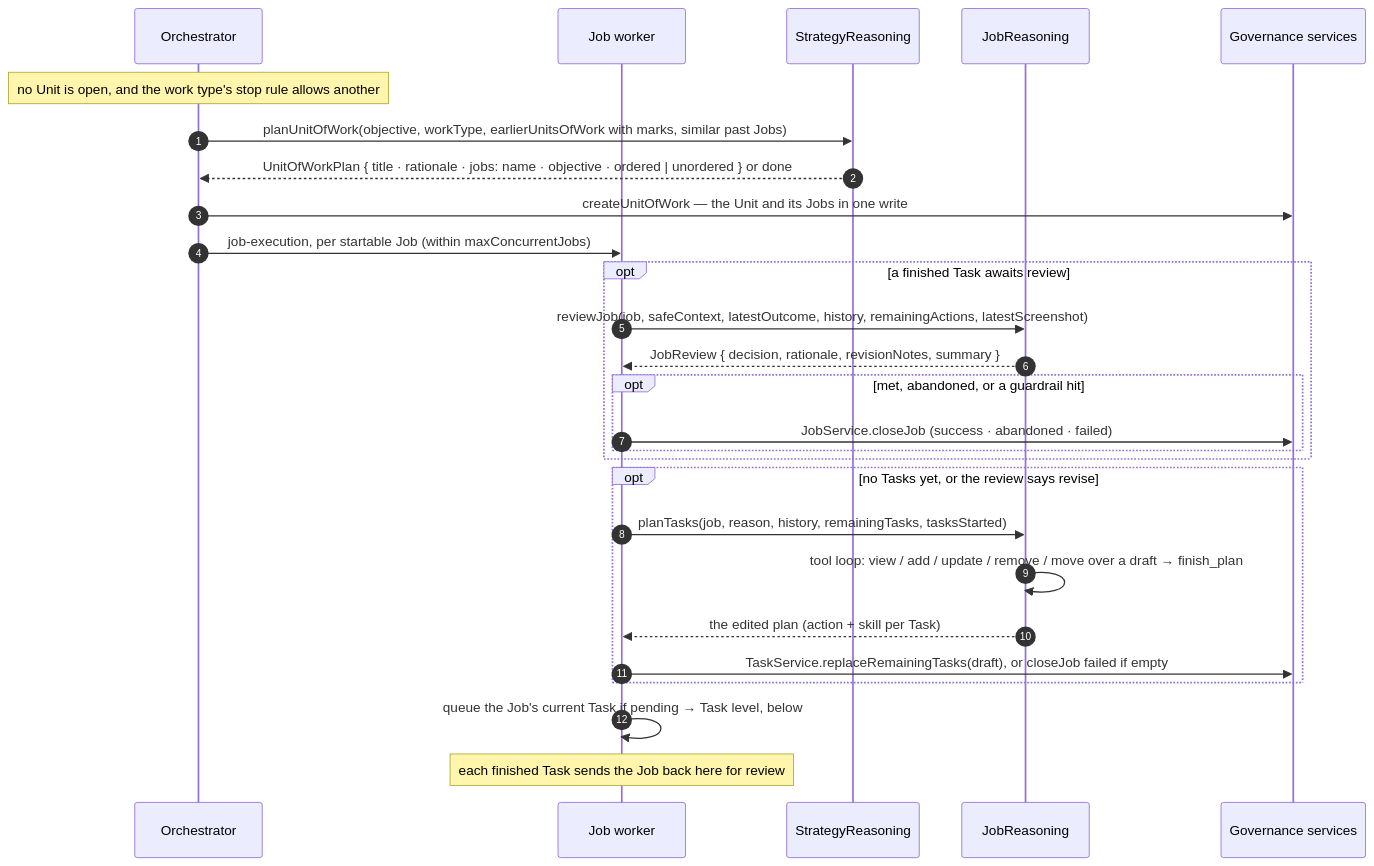
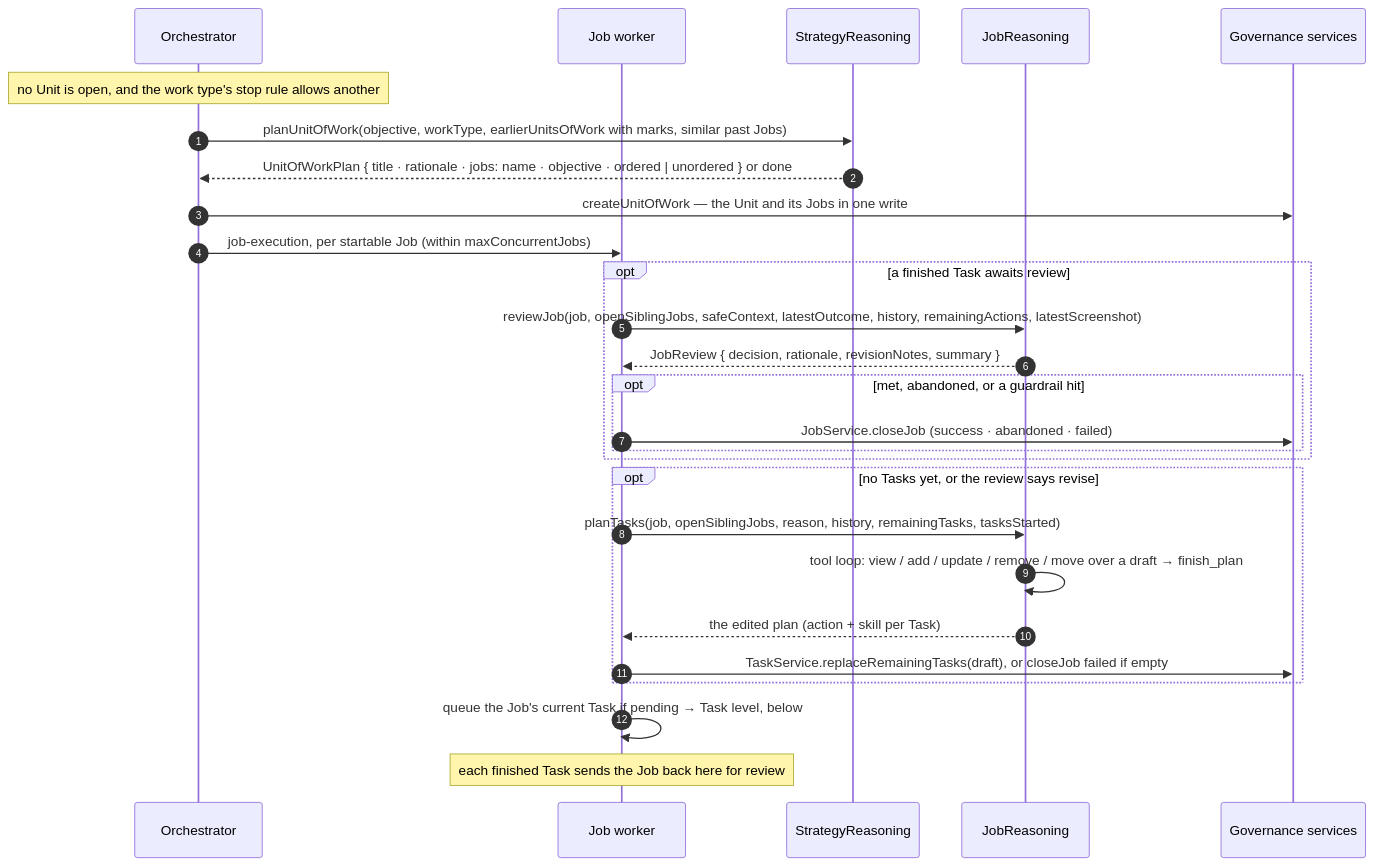
Before and after one commit to BaraaSoft/agentcores: the second of 5 diagrams in packages/backend/src/reasoning/tech-spec.md, drawn with Mermaid. The commit also changed other lines of this file and 9 other files, not shown here.

First line of the commit message:
Enhance JobExecutionProcessor to manage open sibling jobs during planning and review

````diff
--- a/packages/backend/src/reasoning/tech-spec.md
+++ b/packages/backend/src/reasoning/tech-spec.md
@@ -103,30 +103,30 @@
 ```mermaid
 sequenceDiagram
     autonumber
     participant O as Orchestrator
     participant JW as Job worker
     participant S as StrategyReasoning
     participant J as JobReasoning
     participant DB as Governance services
 
     Note over O: no Unit is open, and the work type's stop rule allows another
     O->>S: planUnitOfWork(objective, workType, earlierUnitsOfWork with marks, similar past Jobs)
     S-->>O: UnitOfWorkPlan { title · rationale · jobs: name · objective · ordered | unordered } or done
     O->>DB: createUnitOfWork — the Unit and its Jobs in one write
     O->>JW: job-execution, per startable Job (within maxConcurrentJobs)
     opt a finished Task awaits review
-        JW->>J: reviewJob(job, safeContext, latestOutcome, history, remainingActions, latestScreenshot)
+        JW->>J: reviewJob(job, openSiblingJobs, safeContext, latestOutcome, history, remainingActions, latestScreenshot)
         J-->>JW: JobReview { decision, rationale, revisionNotes, summary }
         opt met, abandoned, or a guardrail hit
             JW->>DB: JobService.closeJob (success · abandoned · failed)
         end
     end
     opt no Tasks yet, or the review says revise
-        JW->>J: planTasks(job, reason, history, remainingTasks, tasksStarted)
+        JW->>J: planTasks(job, openSiblingJobs, reason, history, remainingTasks, tasksStarted)
         J->>J: tool loop: view / add / update / remove / move over a draft → finish_plan
         J-->>JW: the edited plan (action + skill per Task)
         JW->>DB: TaskService.replaceRemainingTasks(draft), or closeJob failed if empty
     end
     JW->>JW: queue the Job's current Task if pending → Task level, below
     Note over JW: each finished Task sends the Job back here for review
 ```
````
